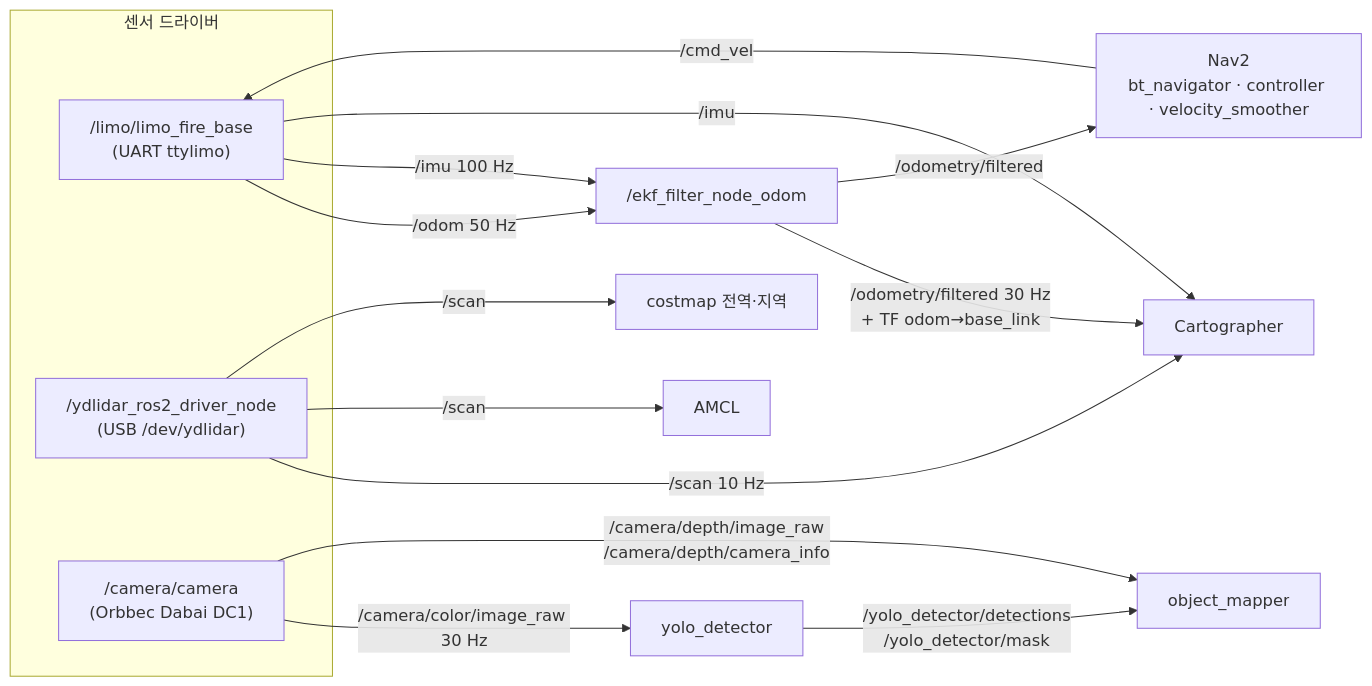
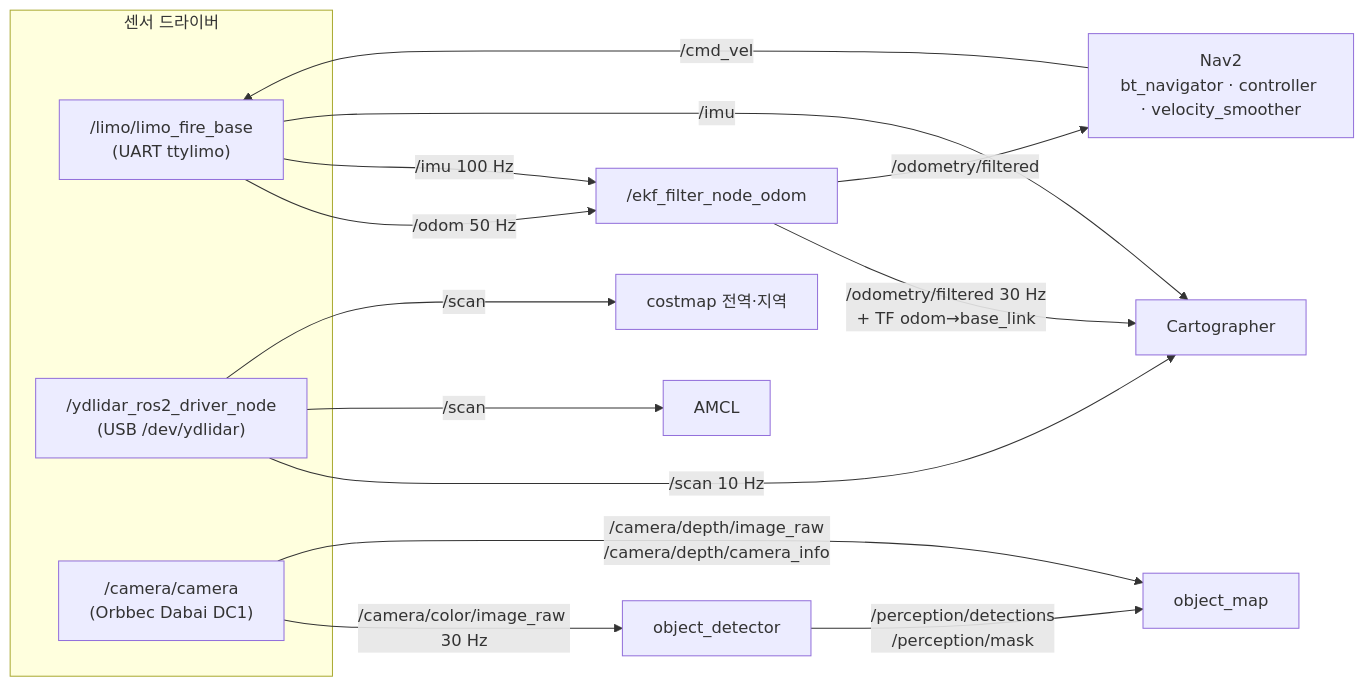
Before and after one commit to juyoung020/limo_fire_ws: the diagram in docs/sensor_topics.md, drawn with Mermaid. The commit also changed other lines of this file and 94 other files, not shown here.

````diff
--- a/docs/sensor_topics.md
+++ b/docs/sensor_topics.md
@@ -35,20 +35,20 @@
 ```mermaid
 flowchart LR
   subgraph drivers["센서 드라이버"]
     LB["/limo/limo_fire_base<br>(UART ttylimo)"]
     YD["/ydlidar_ros2_driver_node<br>(USB /dev/ydlidar)"]
     OB["/camera/camera<br>(Orbbec Dabai DC1)"]
   end
   LB -- "/odom 50 Hz" --> EKF["/ekf_filter_node_odom"]
   LB -- "/imu 100 Hz" --> EKF
   LB -- "/imu" --> CG["Cartographer"]
   EKF -- "/odometry/filtered 30 Hz<br>+ TF odom→base_link" --> CG
   EKF -- "/odometry/filtered" --> NAV["Nav2<br>bt_navigator · controller · velocity_smoother"]
   YD -- "/scan 10 Hz" --> CG
   YD -- "/scan" --> AMCL["AMCL"]
   YD -- "/scan" --> CM["costmap 전역·지역"]
-  OB -- "/camera/color/image_raw 30 Hz" --> YOLO["yolo_detector"]
-  OB -- "/camera/depth/image_raw<br>/camera/depth/camera_info" --> OM["object_mapper"]
-  YOLO -- "/yolo_detector/detections<br>/yolo_detector/mask" --> OM
+  OB -- "/camera/color/image_raw 30 Hz" --> YOLO["object_detector"]
+  OB -- "/camera/depth/image_raw<br>/camera/depth/camera_info" --> OM["object_map"]
+  YOLO -- "/perception/detections<br>/perception/mask" --> OM
   NAV -- "/cmd_vel" --> LB
 ```
````
